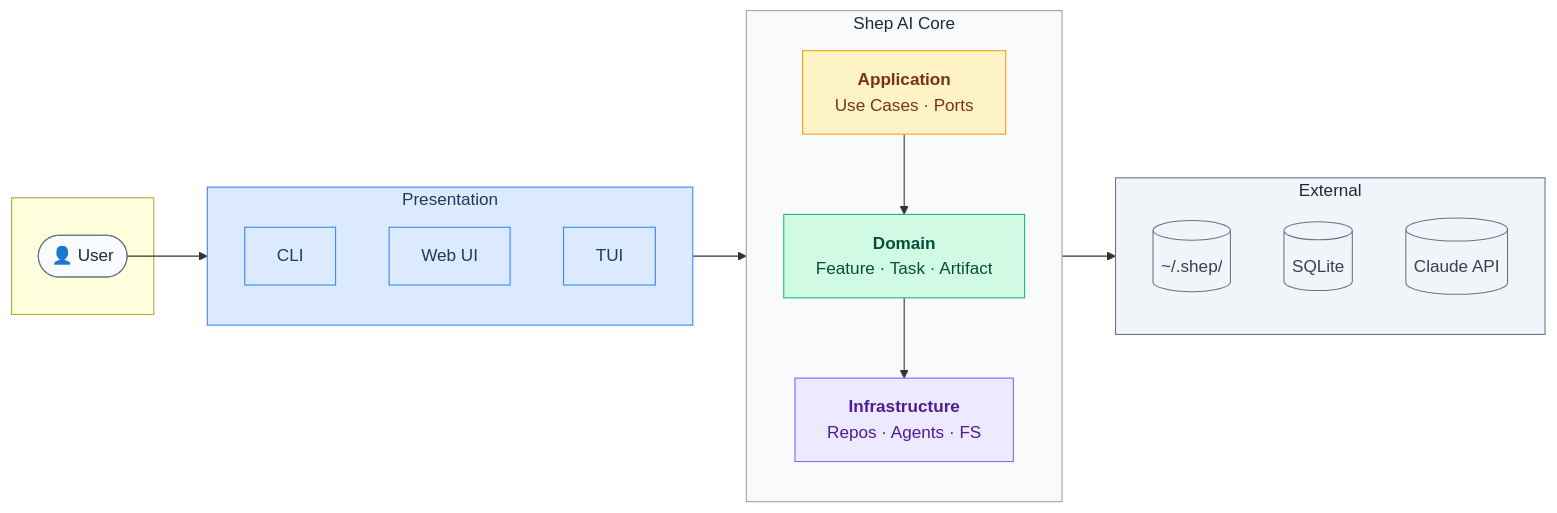
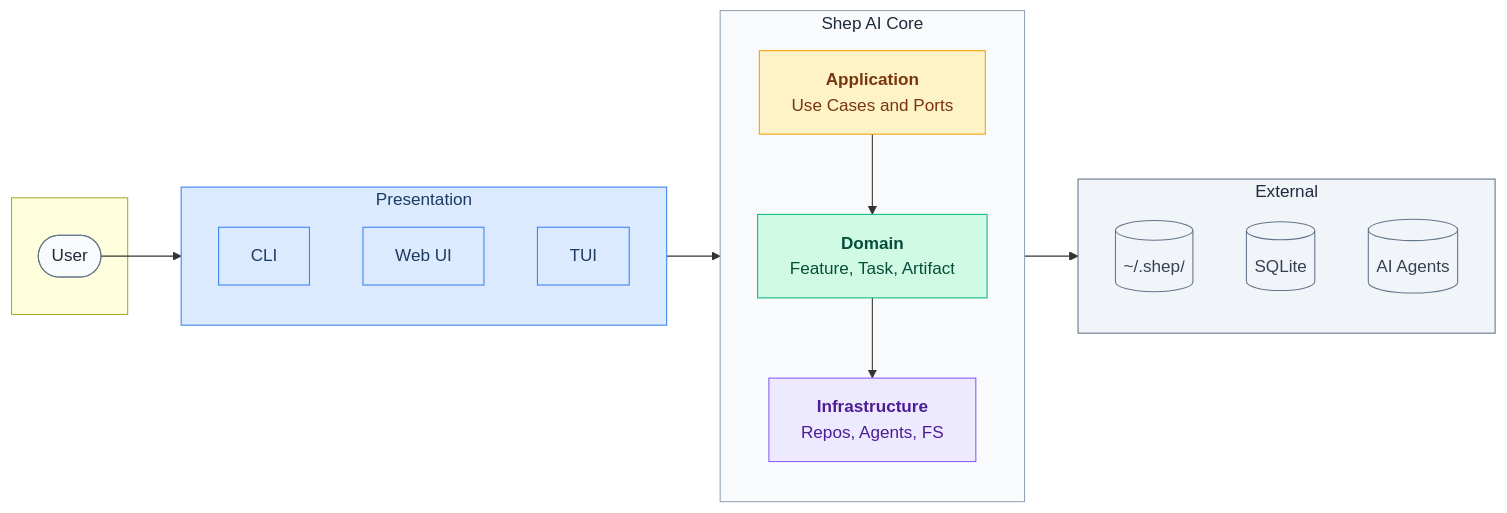
One commit to shep-ai/cli changed the diagram in docs/architecture/overview.md. Above: the diagram before and after it, drawn with Mermaid. The commit also changed other lines of this file and 36 other files, not shown here.

````diff
--- a/docs/architecture/overview.md
+++ b/docs/architecture/overview.md
@@ -7,47 +7,47 @@
 ```mermaid
 flowchart LR
     subgraph Users[" "]
-        User([👤 User])
+        User(["User"])
     end
 
     subgraph UI["Presentation"]
         direction TB
         CLI[CLI]
         WebUI[Web UI]
         TUI[TUI]
     end
 
     subgraph Core["Shep AI Core"]
         direction TB
-        App["<b>Application</b><br/>Use Cases · Ports"]
-        Dom["<b>Domain</b><br/>Feature · Task · Artifact"]
-        Infra["<b>Infrastructure</b><br/>Repos · Agents · FS"]
+        App["<b>Application</b><br/>Use Cases and Ports"]
+        Dom["<b>Domain</b><br/>Feature, Task, Artifact"]
+        Infra["<b>Infrastructure</b><br/>Repos, Agents, FS"]
     end
 
     subgraph Ext["External"]
         direction TB
         FS[("~/.shep/")]
         DB[("SQLite")]
-        AI[("Claude API")]
+        AI[("AI Agents")]
     end
 
     User --> UI
     UI --> App
     App --> Dom
     Dom --> Infra
     Infra --> Ext
 
     style User fill:#f8fafc,stroke:#64748b,color:#1e293b
     style CLI fill:#dbeafe,stroke:#3b82f6,color:#1e3a5f
     style WebUI fill:#dbeafe,stroke:#3b82f6,color:#1e3a5f
     style TUI fill:#dbeafe,stroke:#3b82f6,color:#1e3a5f
     style UI fill:#dbeafe,stroke:#3b82f6,color:#1e3a5f
     style App fill:#fef3c7,stroke:#f59e0b,color:#78350f
     style Dom fill:#d1fae5,stroke:#10b981,color:#064e3b
     style Infra fill:#ede9fe,stroke:#8b5cf6,color:#4c1d95
     style Core fill:#f8fafc,stroke:#94a3b8,color:#1e293b
     style FS fill:#f1f5f9,stroke:#64748b,color:#374151
     style DB fill:#f1f5f9,stroke:#64748b,color:#374151
     style AI fill:#f1f5f9,stroke:#64748b,color:#374151
     style Ext fill:#f1f5f9,stroke:#64748b,color:#1e293b
 ```
````
